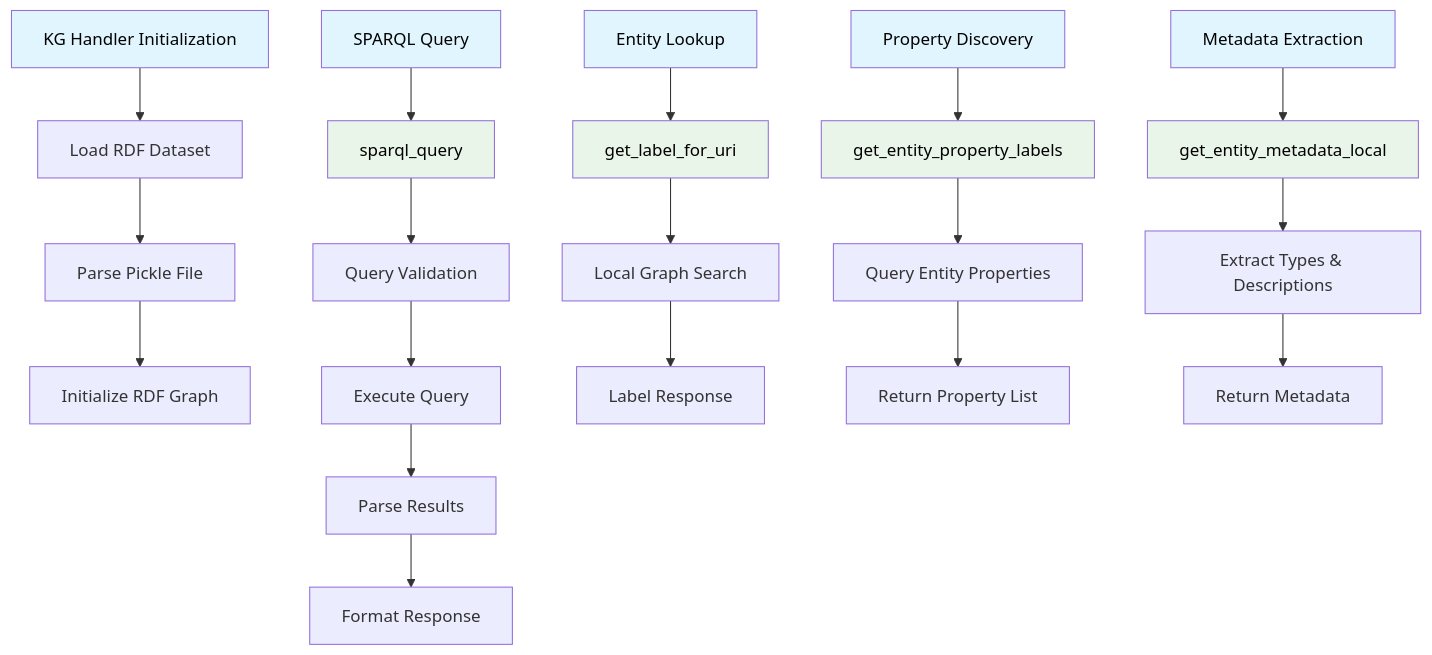
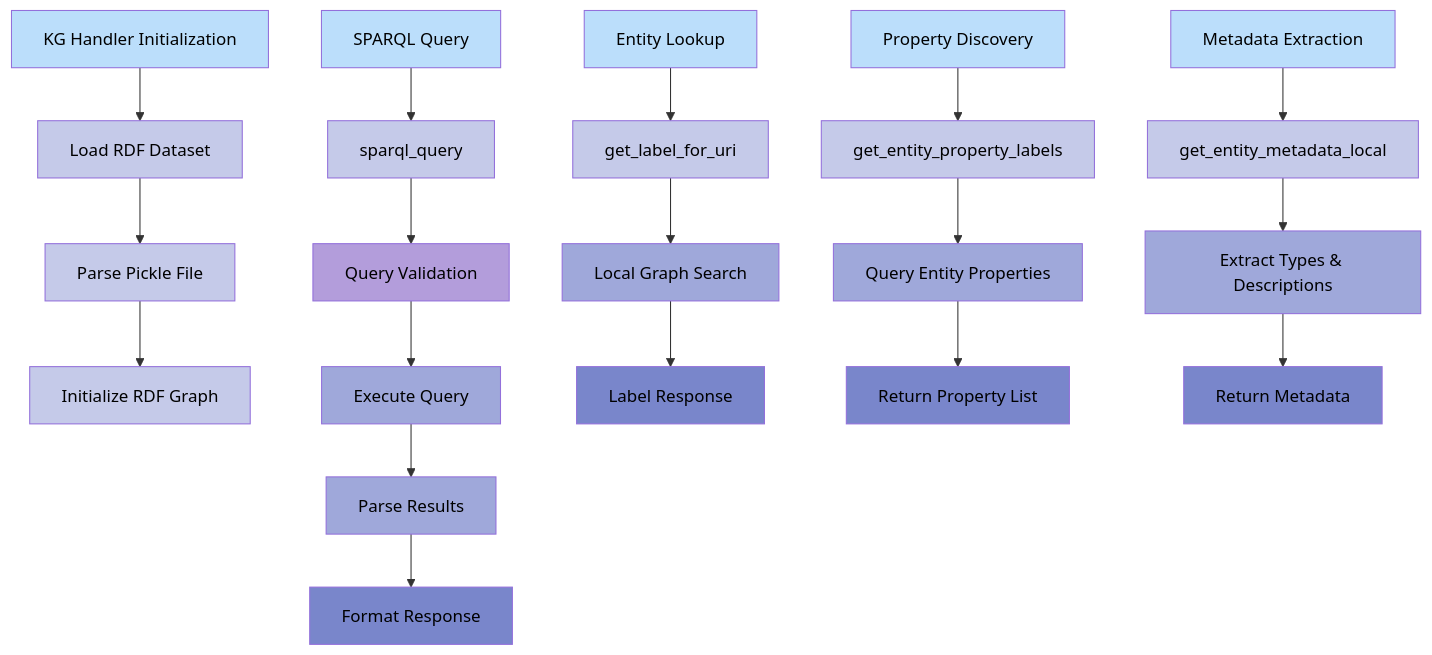
The third of 9 diagrams in README.md (schneialexan/atai-chatbot), drawn with Mermaid before and after one commit. The commit also changed other lines of this file, not shown here.

Commit message:
changed styling of graphs

````diff
--- a/README.md
+++ b/README.md
@@ -417,34 +449,47 @@
 ```mermaid
 graph TD
     A[KG Handler Initialization] --> B[Load RDF Dataset]
     B --> C[Parse Pickle File]
     C --> D[Initialize RDF Graph]
     
     E[SPARQL Query] --> F[sparql_query]
     F --> G[Query Validation]
     G --> H[Execute Query]
     H --> I[Parse Results]
     I --> J[Format Response]
     
     K[Entity Lookup] --> L[get_label_for_uri]
     L --> M[Local Graph Search]
     M --> O[Label Response]
     
     P[Property Discovery] --> Q[get_entity_property_labels]
     Q --> R[Query Entity Properties]
     R --> S[Return Property List]
     
     T[Metadata Extraction] --> U[get_entity_metadata_local]
     U --> V[Extract Types & Descriptions]
     V --> W[Return Metadata]
     
-    style A fill:#e1f5fe,color:#000000
-    style E fill:#e1f5fe,color:#000000
-    style K fill:#e1f5fe,color:#000000
-    style P fill:#e1f5fe,color:#000000
-    style T fill:#e1f5fe,color:#000000
-    style F fill:#e8f5e8,color:#000000
-    style L fill:#e8f5e8,color:#000000
-    style Q fill:#e8f5e8,color:#000000
-    style U fill:#e8f5e8,color:#000000
+    style A fill:#BBDEFB,color:#000000
+    style E fill:#BBDEFB,color:#000000
+    style K fill:#BBDEFB,color:#000000
+    style P fill:#BBDEFB,color:#000000
+    style T fill:#BBDEFB,color:#000000
+    style B fill:#C5CAE9,color:#000000
+    style C fill:#C5CAE9,color:#000000
+    style D fill:#C5CAE9,color:#000000
+    style F fill:#C5CAE9,color:#000000
+    style G fill:#B39DDB,color:#000000
+    style H fill:#9FA8DA,color:#000000
+    style I fill:#9FA8DA,color:#000000
+    style J fill:#7986CB,color:#000000
+    style L fill:#C5CAE9,color:#000000
+    style M fill:#9FA8DA,color:#000000
+    style O fill:#7986CB,color:#000000
+    style Q fill:#C5CAE9,color:#000000
+    style R fill:#9FA8DA,color:#000000
+    style S fill:#7986CB,color:#000000
+    style U fill:#C5CAE9,color:#000000
+    style V fill:#9FA8DA,color:#000000
+    style W fill:#7986CB,color:#000000
 ```
````
